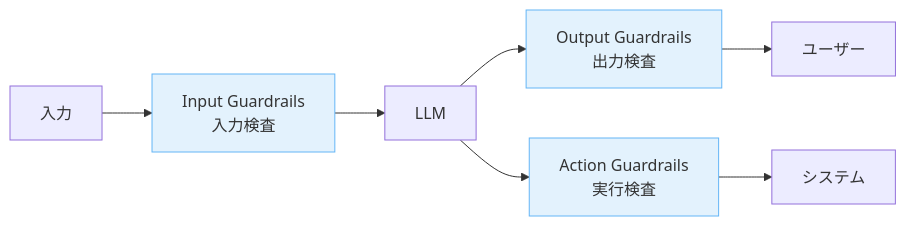
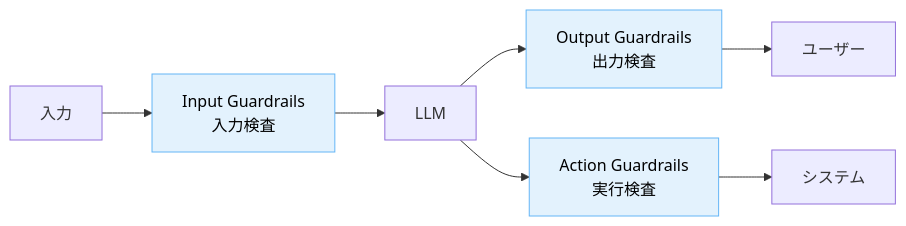
The first of 3 diagrams in docs/techniques/guardrails-llm-出力を決定論的に制御する仕組み.md (dinekt/dinekt-wiki), drawn with Mermaid before and after one commit. The commit also changed other lines of this file and 71 other files, not shown here.

First line of the commit message:
fix: mermaid readability + remove GitHub repo toolbar

````diff
--- a/docs/techniques/guardrails-llm-出力を決定論的に制御する仕組み.md
+++ b/docs/techniques/guardrails-llm-出力を決定論的に制御する仕組み.md
@@ -23,13 +23,13 @@
 ```mermaid
 flowchart LR
     I[入力] --> G1[Input Guardrails<br/>入力検査]
     G1 --> L[LLM]
     L --> G2[Output Guardrails<br/>出力検査]
     G2 --> U[ユーザー]
     L --> G3[Action Guardrails<br/>実行検査]
     G3 --> S[システム]
 
-    style G1 fill:#e3f2fd,stroke:#64b5f6
-    style G2 fill:#e3f2fd,stroke:#64b5f6
-    style G3 fill:#e3f2fd,stroke:#64b5f6
+    style G1 fill:#e3f2fd,stroke:#64b5f6,color:#000
+    style G2 fill:#e3f2fd,stroke:#64b5f6,color:#000
+    style G3 fill:#e3f2fd,stroke:#64b5f6,color:#000
 ```
````
